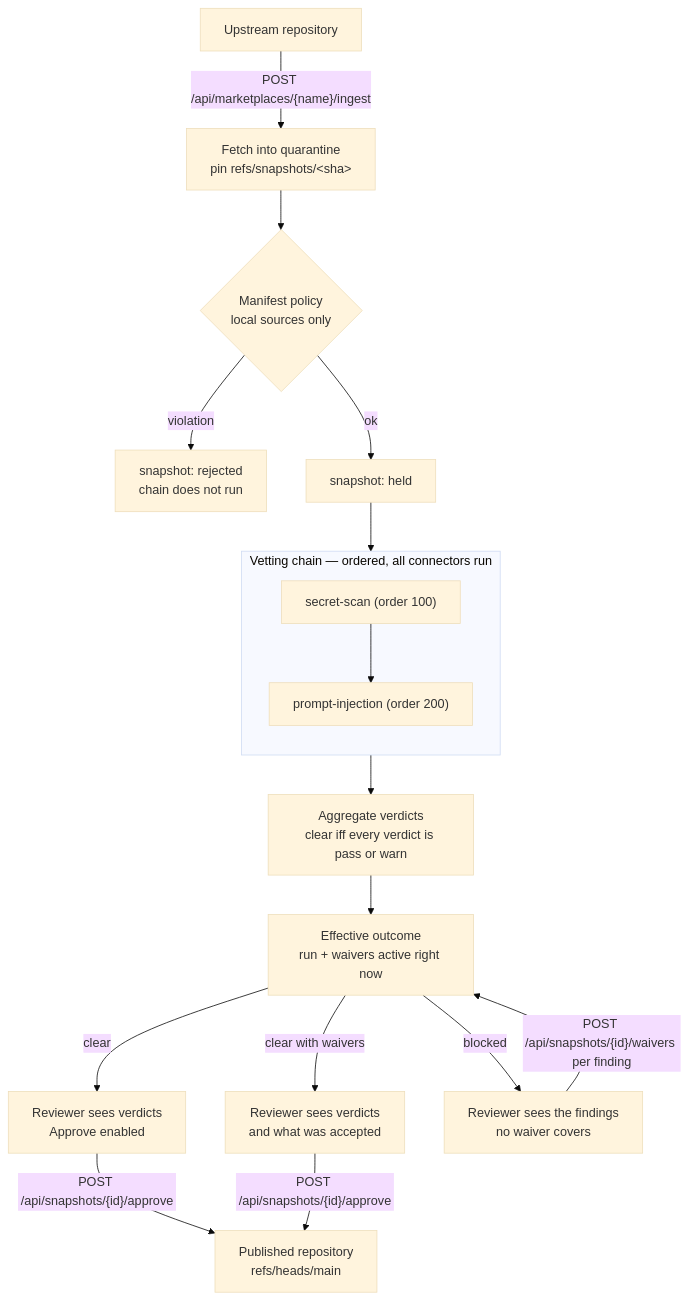
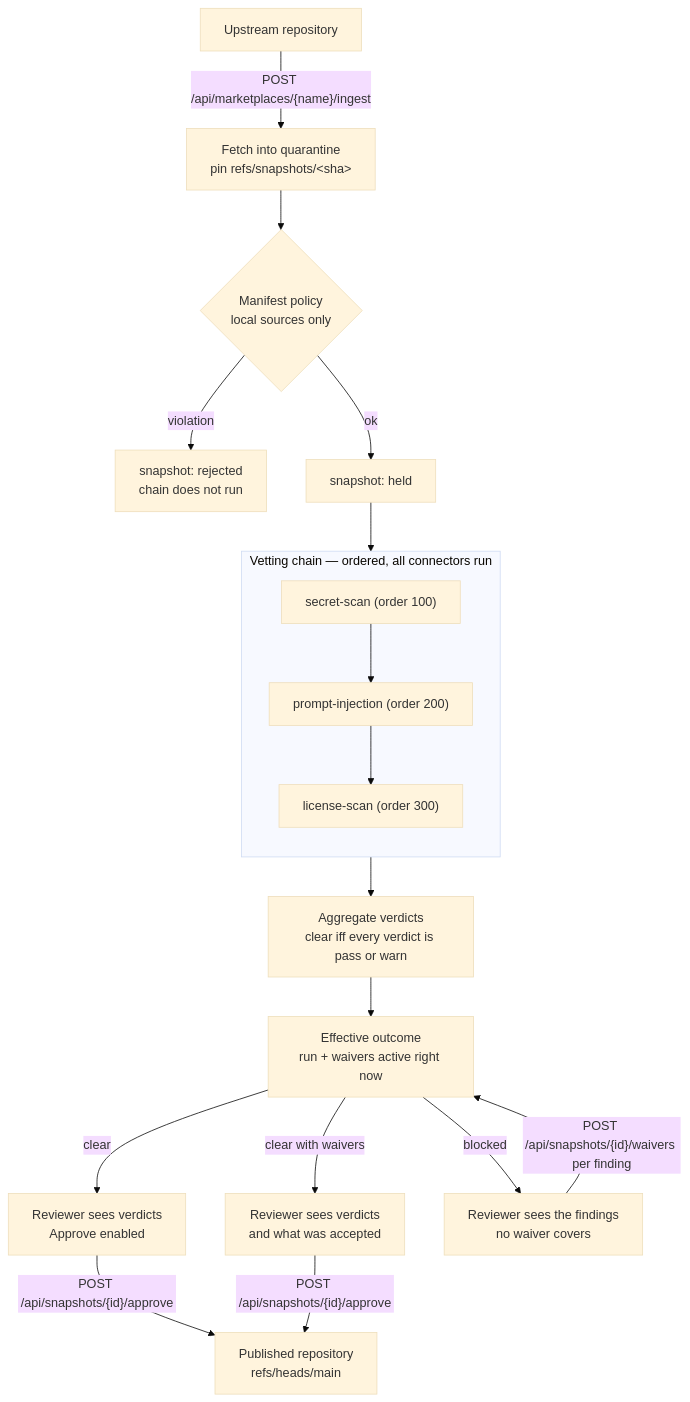
Before and after one commit to skillsgateway/skillsgateway: the diagram in docs/manual/concepts/vetting.md, drawn with Mermaid (base theme). The commit also changed other lines of this file and 25 other files, not shown here.

````diff
--- a/docs/manual/concepts/vetting.md
+++ b/docs/manual/concepts/vetting.md
@@ -16,22 +16,22 @@
 ```mermaid
 flowchart TD
     U["Upstream repository"] -->|"POST /api/marketplaces/{name}/ingest"| F["Fetch into quarantine<br/>pin refs/snapshots/&lt;sha&gt;"]
     F --> M{"Manifest policy<br/>local sources only"}
     M -->|violation| R["snapshot: rejected<br/>chain does not run"]
     M -->|ok| H["snapshot: held"]
     H --> C["Vetting chain"]
 
     subgraph C["Vetting chain — ordered, all connectors run"]
         direction TB
-        C1["secret-scan (order 100)"] --> C2["prompt-injection (order 200)"]
+        C1["secret-scan (order 100)"] --> C2["prompt-injection (order 200)"] --> C3["license-scan (order 300)"]
     end
 
     C --> A["Aggregate verdicts<br/>clear iff every verdict is pass or warn"]
     A --> E["Effective outcome<br/>run + waivers active right now"]
     E -->|clear| RV["Reviewer sees verdicts<br/>Approve enabled"]
     E -->|clear with waivers| RW["Reviewer sees verdicts<br/>and what was accepted"]
     E -->|blocked| RB["Reviewer sees the findings<br/>no waiver covers"]
     RV -->|"POST /api/snapshots/{id}/approve"| P["Published repository<br/>refs/heads/main"]
     RW -->|"POST /api/snapshots/{id}/approve"| P
     RB -->|"POST /api/snapshots/{id}/waivers per finding"| E
 ```
````
